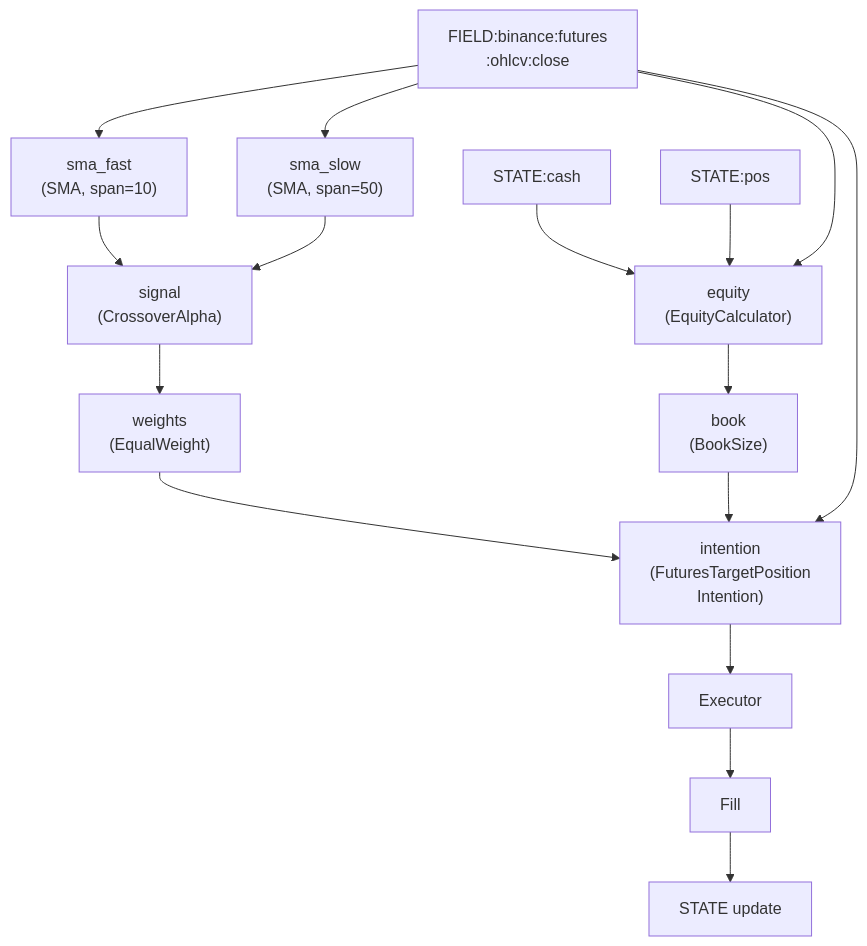
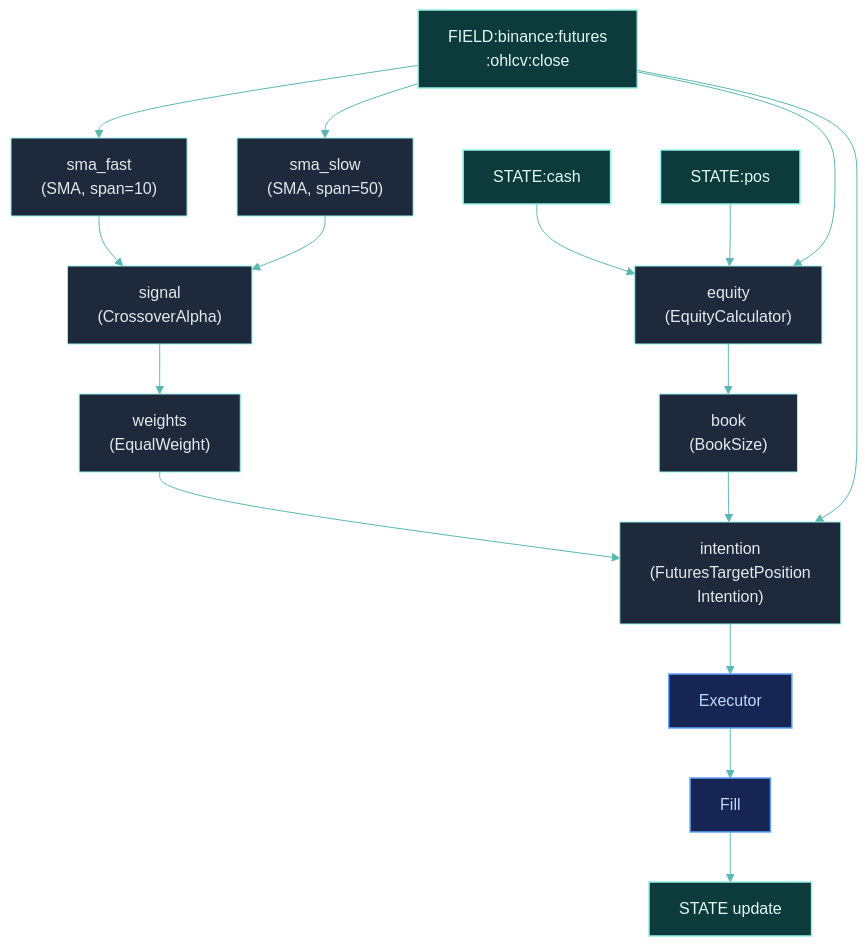
The diagram in tutorials/first-strategy.mdx (Clypt/docs), drawn with Mermaid before and after one commit. The commit also changed other lines of this file and 73 other files, not shown here.

````diff
--- a/tutorials/first-strategy.mdx
+++ b/tutorials/first-strategy.mdx
@@ -242,21 +242,28 @@
 ```mermaid
+%%{init: {'theme': 'base', 'themeVariables': { 'primaryColor': '#1e293b', 'primaryTextColor': '#e2e8f0', 'primaryBorderColor': '#94F1E8', 'lineColor': '#5bb8b0', 'clusterBkg': '#0f172a', 'clusterBorder': '#1e3a3a', 'titleColor': '#94F1E8', 'edgeLabelBackground': 'transparent' }}}%%
 flowchart TB
+    classDef source fill:#0d3b3b,stroke:#94F1E8,stroke-width:1.5px,color:#e0faf7
+    classDef action fill:#172554,stroke:#60a5fa,stroke-width:1.5px,color:#bfdbfe
+
     FIELD["FIELD:binance:futures<br>:ohlcv:close"]
     FIELD --> sma_fast["sma_fast<br>(SMA, span=10)"]
     FIELD --> sma_slow["sma_slow<br>(SMA, span=50)"]
     sma_fast --> signal["signal<br>(CrossoverAlpha)"]
     sma_slow --> signal
     signal --> weights["weights<br>(EqualWeight)"]
 
     STATE_CASH["STATE:cash"] --> equity["equity<br>(EquityCalculator)"]
     STATE_POS["STATE:pos"] --> equity
     FIELD --> equity
     equity --> book["book<br>(BookSize)"]
 
     weights --> intention["intention<br>(FuturesTargetPosition<br>Intention)"]
     book --> intention
     FIELD --> intention
     intention --> executor["Executor"]
     executor --> fill["Fill"]
     fill --> state_update["STATE update"]
+
+    class FIELD,STATE_CASH,STATE_POS,state_update source
+    class executor,fill action
 ```
````
